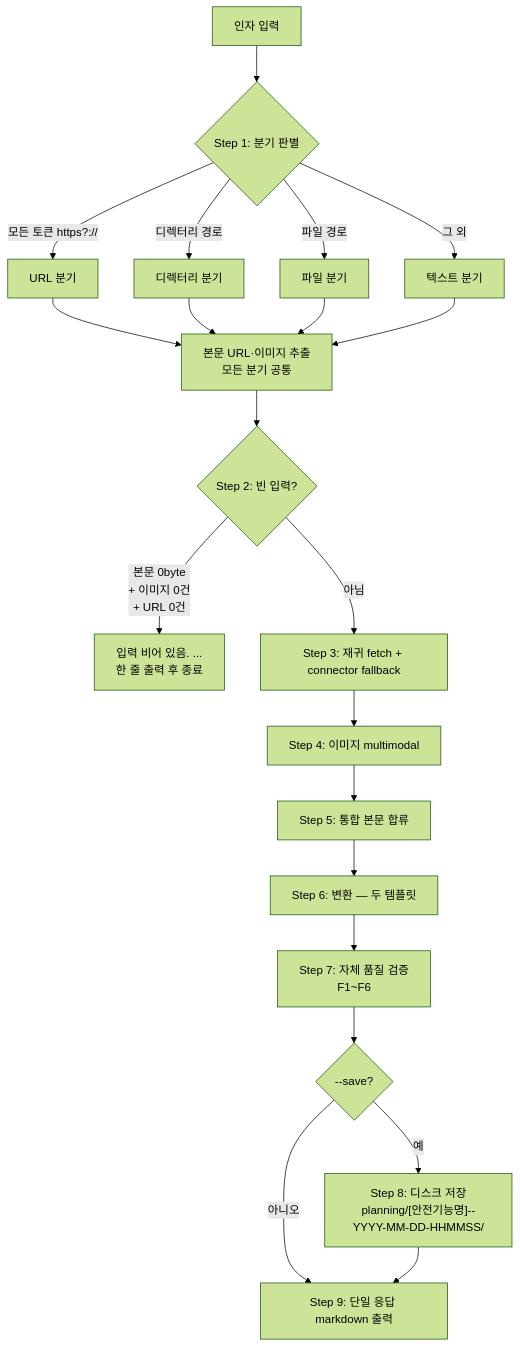
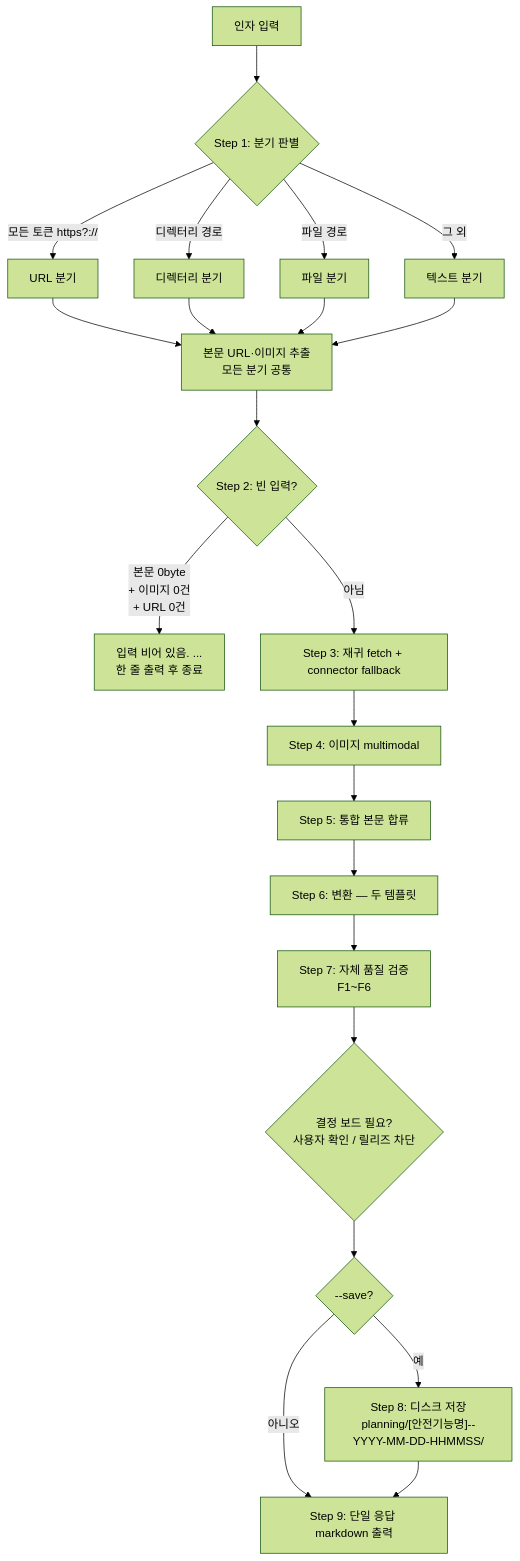
Before and after one commit to inkwonjung-colosseum/plugins: the first of 11 diagrams in planning-kit/docs/planning-format-workflow.md, drawn with Mermaid (forest theme). The commit also changed other lines of this file and 33 other files, not shown here.

````diff
--- a/planning-kit/docs/planning-format-workflow.md
+++ b/planning-kit/docs/planning-format-workflow.md
@@ -7,26 +7,27 @@
 ```mermaid
 flowchart TD
   A[인자 입력] --> B{Step 1: 분기 판별}
   B -->|모든 토큰 https?://| C[URL 분기]
   B -->|디렉터리 경로| D[디렉터리 분기]
   B -->|파일 경로| E[파일 분기]
   B -->|그 외| F[텍스트 분기]
 
   C --> G[본문 URL·이미지 추출<br/>모든 분기 공통]
   D --> G
   E --> G
   F --> G
 
   G --> H{Step 2: 빈 입력?}
   H -->|본문 0byte<br/>+ 이미지 0건<br/>+ URL 0건| H1["입력 비어 있음. ...<br/>한 줄 출력 후 종료"]
   H -->|아님| I[Step 3: 재귀 fetch + connector fallback]
 
   I --> J[Step 4: 이미지 multimodal]
   J --> K[Step 5: 통합 본문 합류]
   K --> L[Step 6: 변환 — 두 템플릿]
   L --> M[Step 7: 자체 품질 검증<br/>F1~F6]
-  M --> N{--save?}
+  M --> DB{결정 보드 필요?<br/>사용자 확인 / 릴리즈 차단}
+  DB --> N{--save?}
   N -->|예| SV["Step 8: 디스크 저장<br/>planning/[안전기능명]--YYYY-MM-DD-HHMMSS/"]
   N -->|아니오| OUT
   SV --> OUT[Step 9: 단일 응답 markdown 출력]
 ```
````
